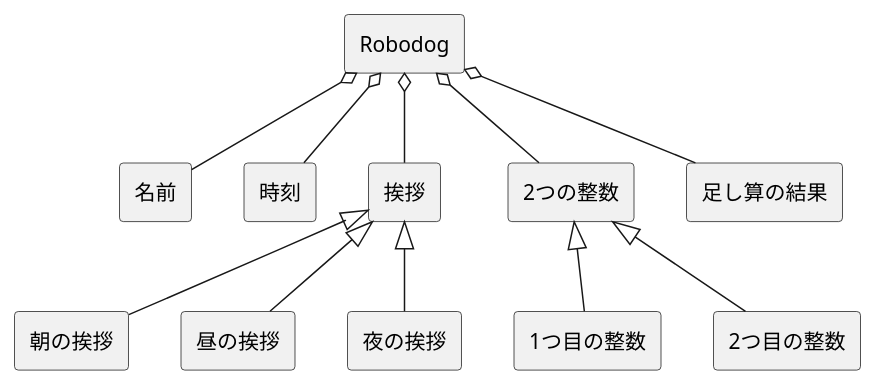
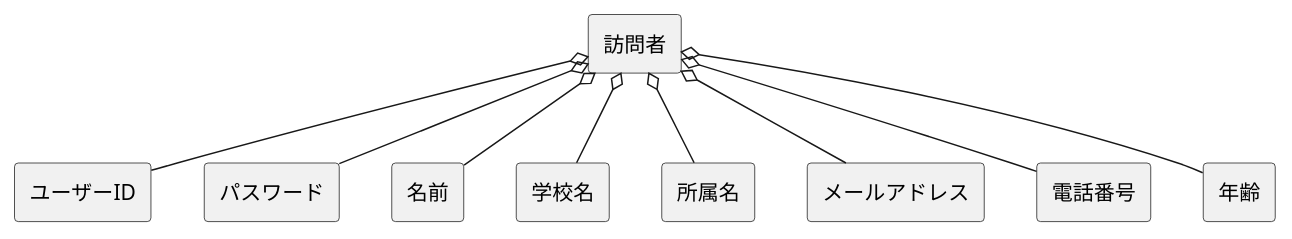
One commit to ko246/ohara_uml changed the diagram in group/07_web_visitor/domain.pu. Above: the diagram before and after it, drawn with PlantUML.

Commit message:
domainzu

```diff
--- a/group/07_web_visitor/domain.pu
+++ b/group/07_web_visitor/domain.pu
@@ -1,17 +1,12 @@
-@startuml Robodogドメインモデル図
+@startuml 訪問者システム
 skinparam componentStyle rectangle
-
-' Robodog
-[Robodog] o-- [名前]
-[Robodog] o-- [時刻]
-[Robodog] o-- [挨拶]
-[Robodog] o-- [2つの整数]
-[Robodog] o-- [足し算の結果]
-
-[挨拶] <|-- [朝の挨拶]
-[挨拶] <|-- [昼の挨拶]
-[挨拶] <|-- [夜の挨拶]
-[2つの整数] <|-- [1つ目の整数]
-[2つの整数] <|-- [2つ目の整数]
-
+' 訪問者
+[訪問者] o-- [ユーザーID]
+[訪問者] o-- [パスワード]
+[訪問者] o-- [名前]
+[訪問者] o-- [学校名]
+[訪問者] o-- [所属名]
+[訪問者] o-- [メールアドレス]
+[訪問者] o-- [電話番号]
+[訪問者] o-- [年齢]
 @enduml
```
